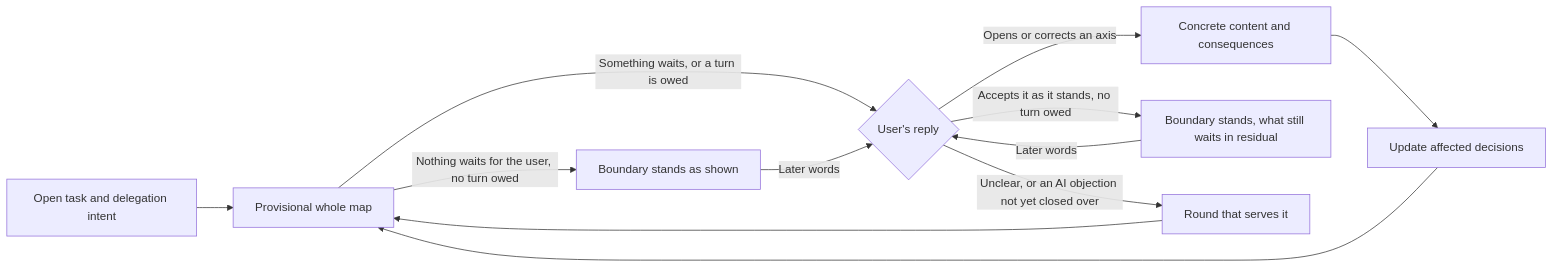
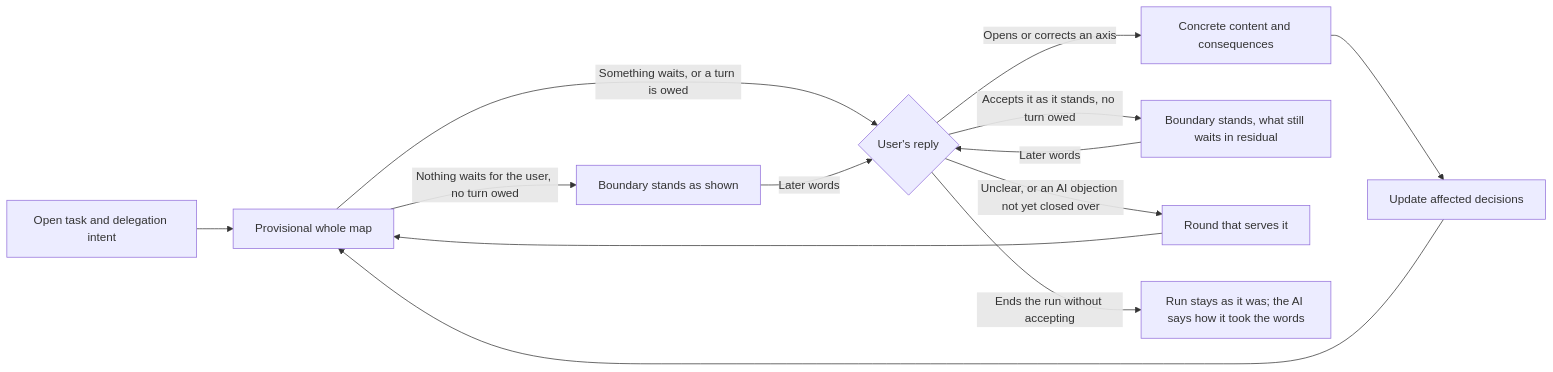
The diagram in horismos/README.md (jongwony/epistemic-protocols), drawn with Mermaid before and after one commit. The commit also changed other lines of this file and 3 other files, not shown here.

````diff
--- a/horismos/README.md
+++ b/horismos/README.md
@@ -9,14 +9,15 @@
 ```mermaid
 flowchart LR
     A[Open task and delegation intent] --> B[Provisional whole map]
     B -->|Nothing waits for the user, no turn owed| G[Boundary stands as shown]
     B -->|Something waits, or a turn is owed| C{User's reply}
     C -->|Opens or corrects an axis| D[Concrete content and consequences]
     D --> E[Update affected decisions]
     E --> B
     C -->|Accepts it as it stands, no turn owed| F[Boundary stands, what still waits in residual]
     C -->|Unclear, or an AI objection not yet closed over| H[Round that serves it]
     H --> B
+    C -->|Ends the run without accepting| K[Run stays as it was; the AI says how it took the words]
     F -->|Later words| C
     G -->|Later words| C
 ```
````
